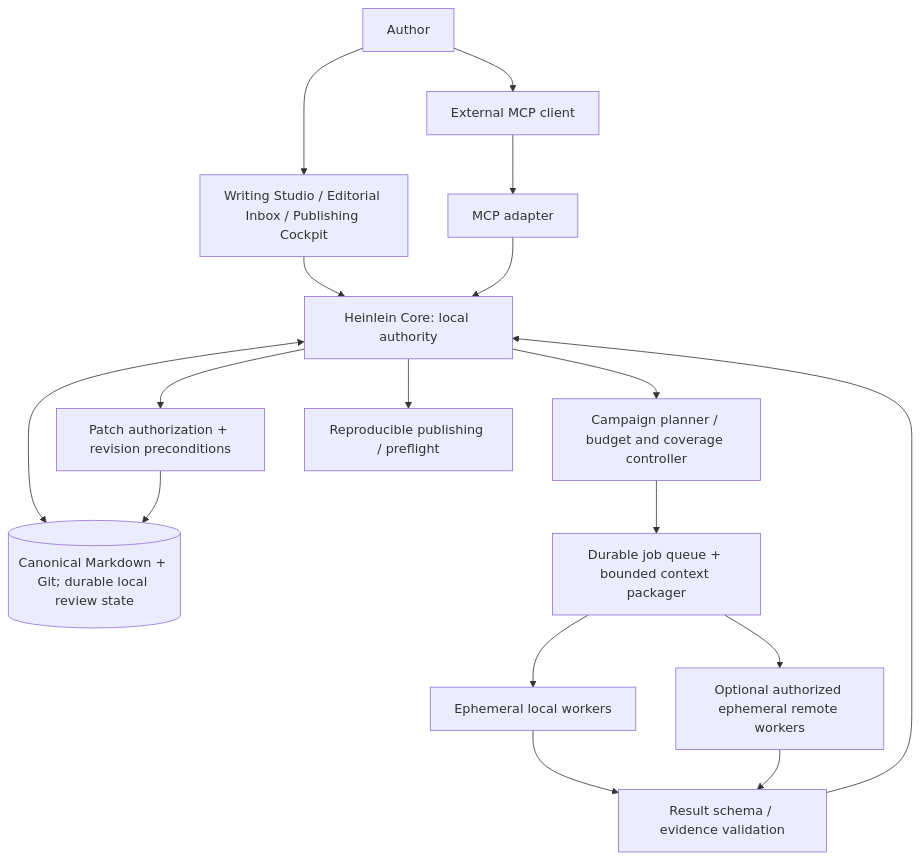
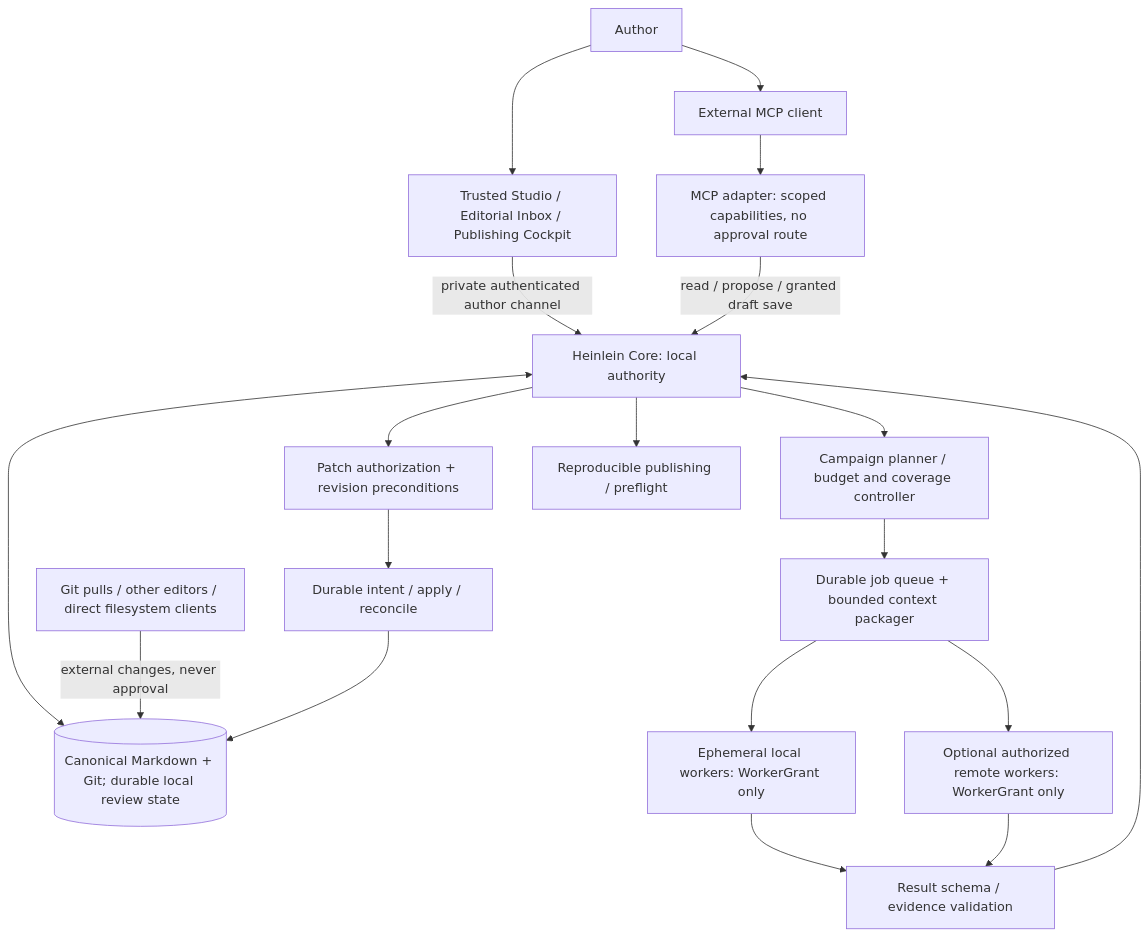
Before and after one commit to Arcadesys/heinlein: the first of 6 diagrams in docs/architecture/orchestration-v0.2.1.md, drawn with Mermaid. The commit also changed other lines of this file, not shown here.

Commit message:
docs: enforce scoped draft authority, trusted approvals, and journaled recovery

````diff
--- a/docs/architecture/orchestration-v0.2.1.md
+++ b/docs/architecture/orchestration-v0.2.1.md
@@ -34,19 +36,21 @@
 ```mermaid
 flowchart TD
-  A["Author"] --> UI["Writing Studio / Editorial Inbox / Publishing Cockpit"]
+  A["Author"] --> UI["Trusted Studio / Editorial Inbox / Publishing Cockpit"]
   A --> CLIENT["External MCP client"]
-  CLIENT --> MCP["MCP adapter"]
-  UI --> CORE["Heinlein Core: local authority"]
-  MCP --> CORE
+  CLIENT --> MCP["MCP adapter: scoped capabilities, no approval route"]
+  UI -->|"private authenticated author channel"| CORE["Heinlein Core: local authority"]
+  MCP -->|"read / propose / granted draft save"| CORE
   CORE <--> STORE[("Canonical Markdown + Git; durable local review state")]
+  EXT["Git pulls / other editors / direct filesystem clients"] -->|"external changes, never approval"| STORE
   CORE --> PLAN["Campaign planner / budget and coverage controller"]
   PLAN --> QUEUE["Durable job queue + bounded context packager"]
-  QUEUE --> LOCAL["Ephemeral local workers"]
-  QUEUE --> REMOTE["Optional authorized ephemeral remote workers"]
+  QUEUE --> LOCAL["Ephemeral local workers: WorkerGrant only"]
+  QUEUE --> REMOTE["Optional authorized remote workers: WorkerGrant only"]
   LOCAL --> VALIDATE["Result schema / evidence validation"]
   REMOTE --> VALIDATE
   VALIDATE --> CORE
   CORE --> GATE["Patch authorization + revision preconditions"]
-  GATE --> STORE
+  GATE --> JOURNAL["Durable intent / apply / reconcile"]
+  JOURNAL --> STORE
   CORE --> BUILD["Reproducible publishing / preflight"]
 ```
````
